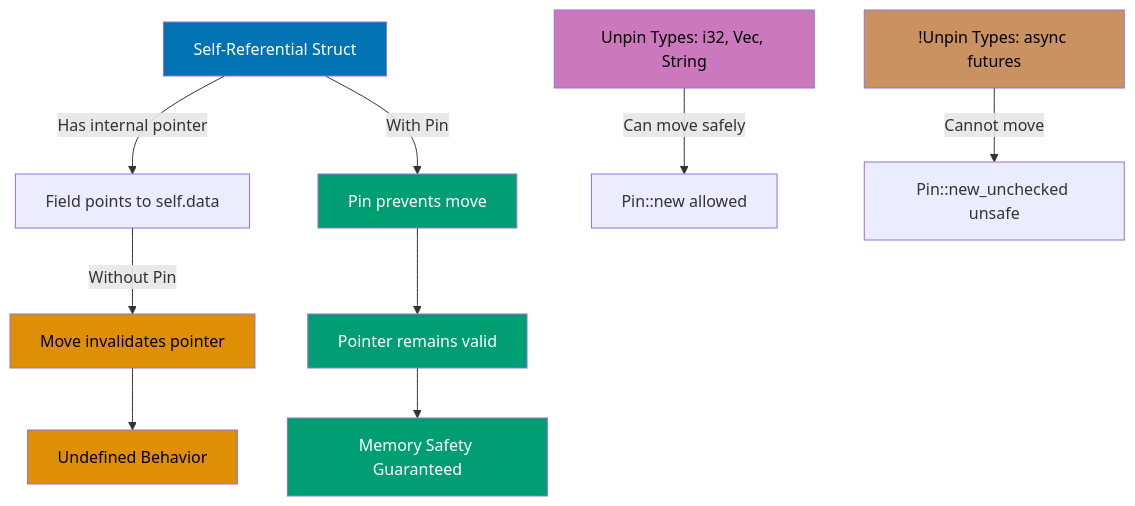
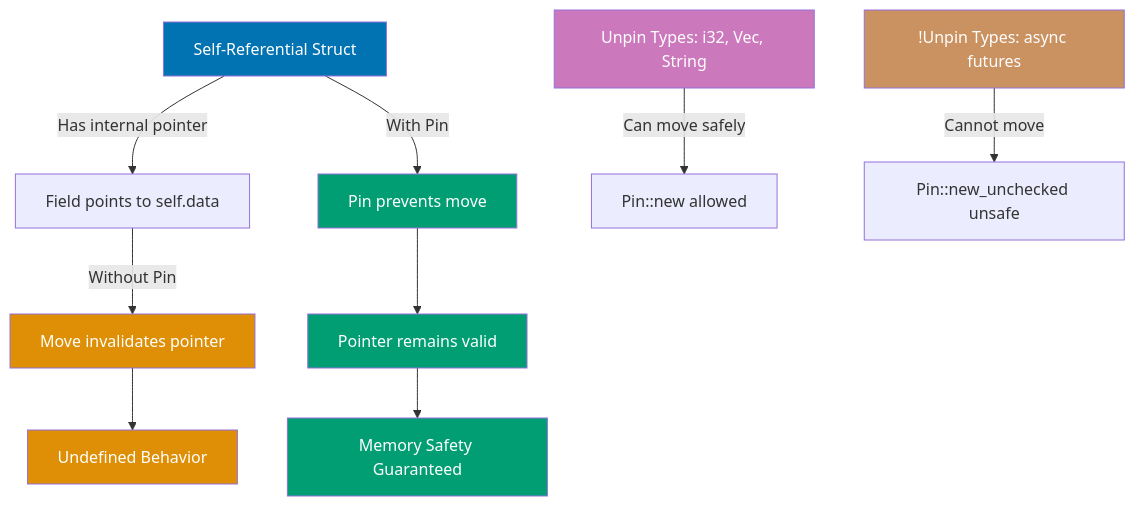
One commit to wahidyankf/open-sharia-enterprise changed the ninth of 16 diagrams in apps/ayokoding-web/content/en/learn/software-engineering/programming-languages/rust/by-example/advanced.md. Above: the diagram before and after it, drawn with Mermaid. The commit also changed other lines of this file and 61 other files, not shown here.

First line of the commit message:
fix(ayokoding-web): quote Mermaid node labels with special characters in Example 63

````diff
--- a/apps/ayokoding-web/content/en/learn/software-engineering/programming-languages/rust/by-example/advanced.md
+++ b/apps/ayokoding-web/content/en/learn/software-engineering/programming-languages/rust/by-example/advanced.md
@@ -2202,23 +2202,23 @@
 ```mermaid
 %% Pin preventing memory moves for self-referential structs
 graph TD
     A[Self-Referential Struct] -->|Has internal pointer| B[Field points to self.data]
     B -->|Without Pin| C[Move invalidates pointer]
     C --> D[Undefined Behavior]
 
     A -->|With Pin| E[Pin prevents move]
     E --> F[Pointer remains valid]
     F --> G[Memory Safety Guaranteed]
 
     H[Unpin Types: i32, Vec, String] -->|Can move safely| I[Pin::new allowed]
     J[!Unpin Types: async futures] -->|Cannot move| K[Pin::new_unchecked unsafe]
 
     style A fill:#0173B2,color:#fff
-    style C fill:#DE8F05,color:#000
-    style D fill:#DE8F05,color:#000
+    style C fill:#DE8F05,color:#fff
+    style D fill:#DE8F05,color:#fff
     style E fill:#029E73,color:#fff
     style F fill:#029E73,color:#fff
     style G fill:#029E73,color:#fff
-    style H fill:#CC78BC,color:#000
-    style J fill:#CA9161,color:#000
+    style H fill:#CC78BC,color:#fff
+    style J fill:#CA9161,color:#fff
 ```
````
